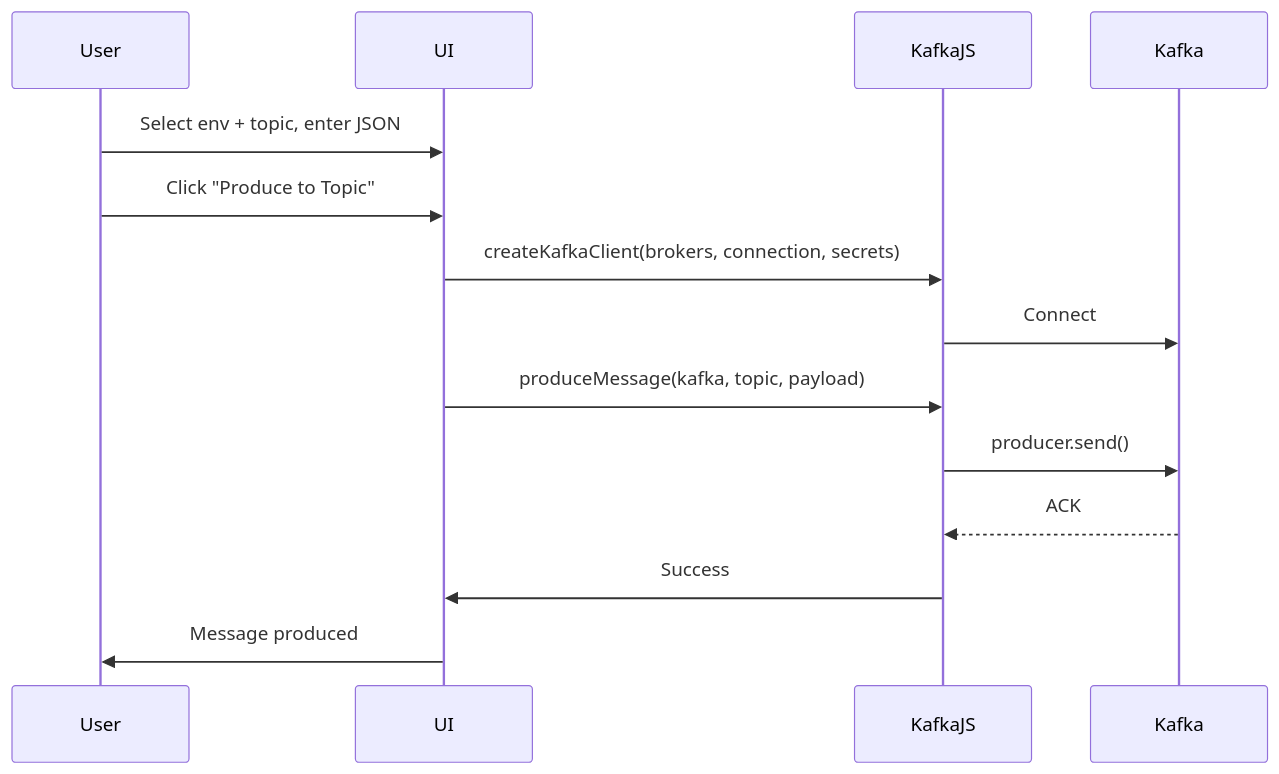
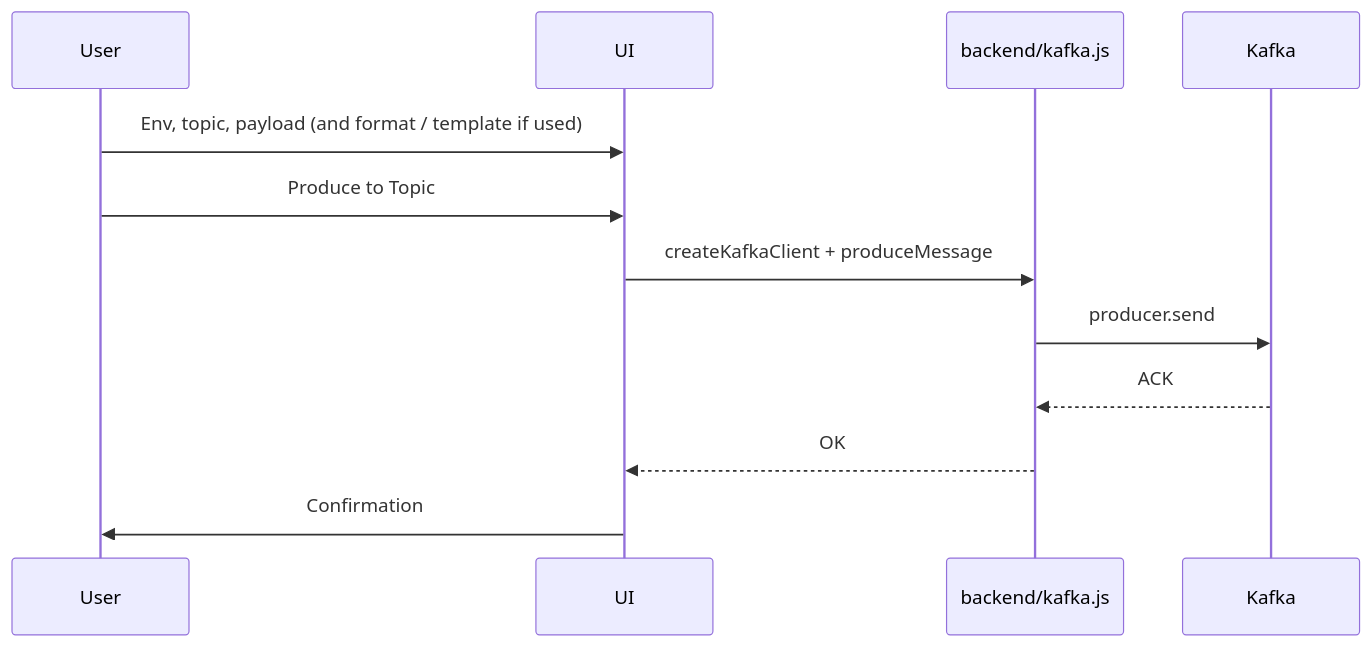
The second of 4 diagrams in README.md (DilshanPGN/kafka-safe-stream), drawn with Mermaid before and after one commit. The commit also changed other lines of this file, not shown here.

Commit message:
Revise README for clarity and detail; update application overview, feature descriptions, and flow diagrams to reflect recent enhancements, including environment management, consumer options, and configuration processes.

````diff
--- a/README.md
+++ b/README.md
@@ -69,17 +81,15 @@
 ```mermaid
 sequenceDiagram
     participant User
     participant UI
-    participant KafkaJS
+    participant K as backend/kafka.js
     participant Kafka
 
-    User->>UI: Select env + topic, enter JSON
-    User->>UI: Click "Produce to Topic"
-    UI->>KafkaJS: createKafkaClient(brokers, connection, secrets)
-    KafkaJS->>Kafka: Connect
-    UI->>KafkaJS: produceMessage(kafka, topic, payload)
-    KafkaJS->>Kafka: producer.send()
-    Kafka-->>KafkaJS: ACK
-    KafkaJS->>UI: Success
-    UI->>User: Message produced
+    User->>UI: Env, topic, payload (and format / template if used)
+    User->>UI: Produce to Topic
+    UI->>K: createKafkaClient + produceMessage
+    K->>Kafka: producer.send
+    Kafka-->>K: ACK
+    K-->>UI: OK
+    UI->>User: Confirmation
 ```
````
